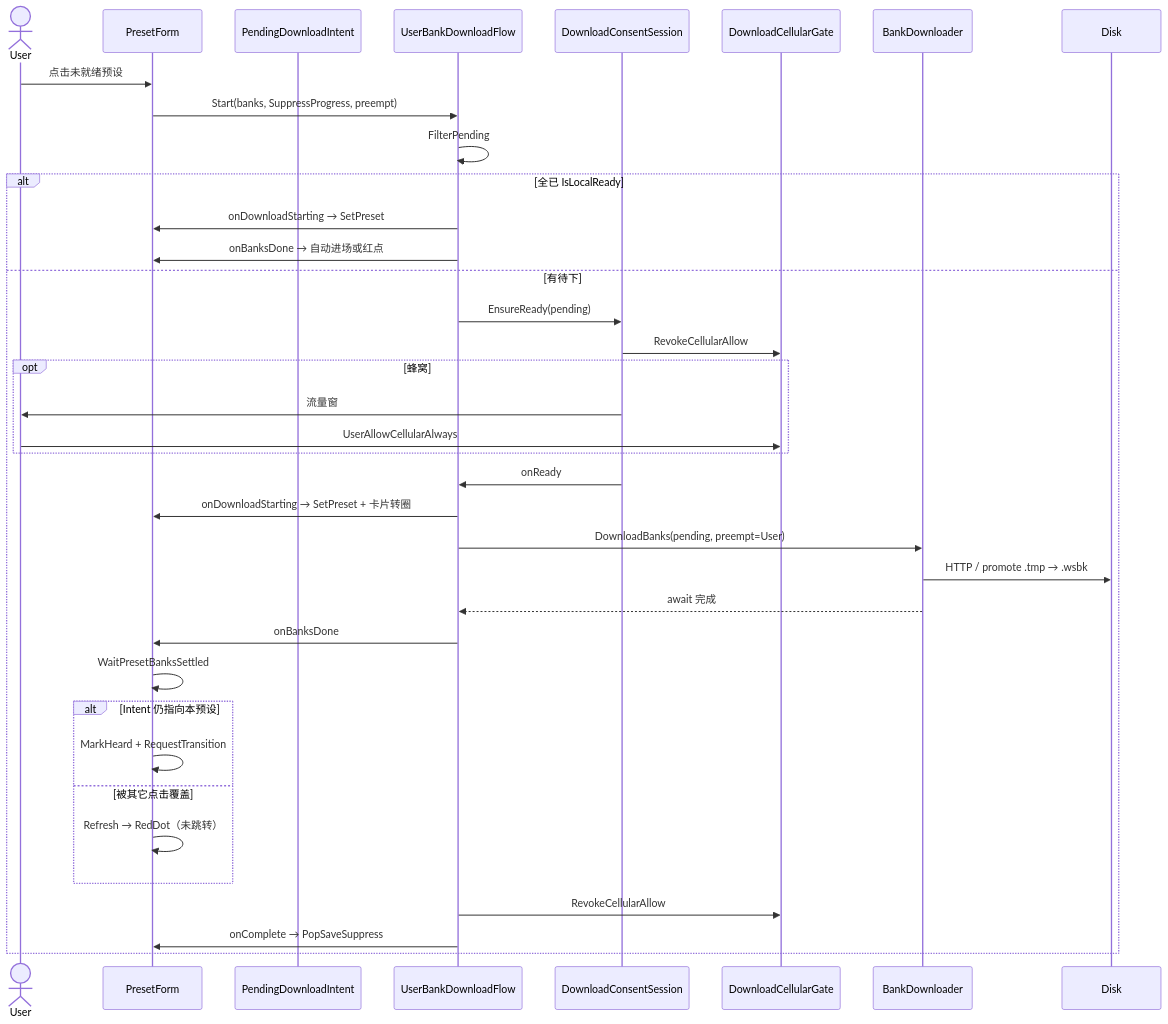
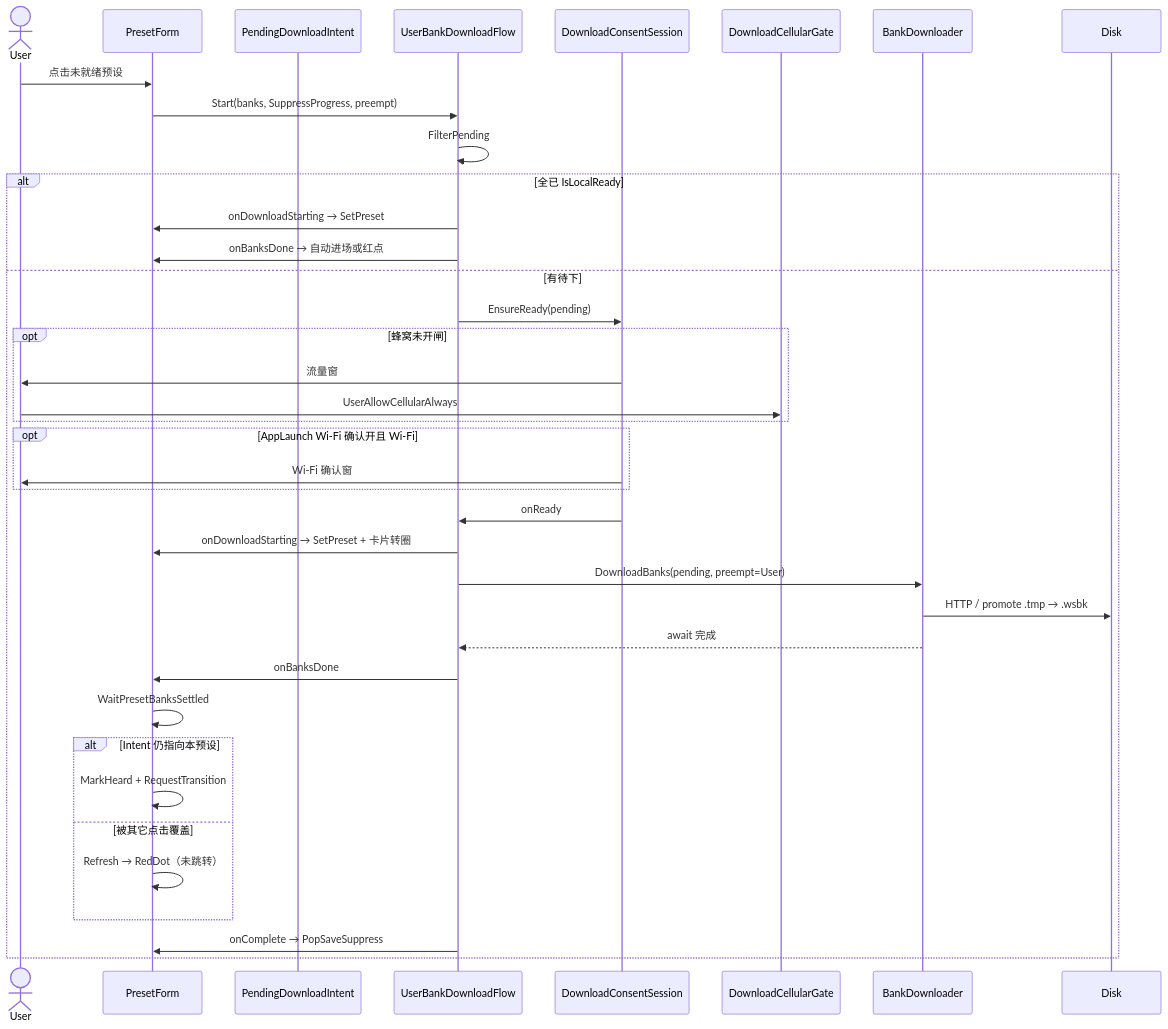
Before and after one commit to sika0819/CustomSRP: the fourth of 11 diagrams in Assets/GameMain/Docs/13-bank-download.md, drawn with Mermaid. The commit also changed other lines of this file and 813 other files, not shown here.

````diff
--- a/Assets/GameMain/Docs/13-bank-download.md
+++ b/Assets/GameMain/Docs/13-bank-download.md
@@ -128,40 +134,41 @@
 ```mermaid
 sequenceDiagram
   actor User
   participant PF as PresetForm
   participant Intent as PendingDownloadIntent
   participant Flow as UserBankDownloadFlow
   participant Consent as DownloadConsentSession
   participant Cell as DownloadCellularGate
   participant DL as BankDownloader
   participant Disk as Disk
 
   User->>PF: 点击未就绪预设
   PF->>Flow: Start(banks, SuppressProgress, preempt)
   Flow->>Flow: FilterPending
   alt 全已 IsLocalReady
     Flow->>PF: onDownloadStarting → SetPreset
     Flow->>PF: onBanksDone → 自动进场或红点
   else 有待下
     Flow->>Consent: EnsureReady(pending)
-    Consent->>Cell: RevokeCellularAllow
-    opt 蜂窝
+    opt 蜂窝未开闸
       Consent->>User: 流量窗
       User->>Cell: UserAllowCellularAlways
+    end
+    opt AppLaunch Wi‑Fi 确认开且 Wi‑Fi
+      Consent->>User: Wi‑Fi 确认窗
     end
     Consent->>Flow: onReady
     Flow->>PF: onDownloadStarting → SetPreset + 卡片转圈
     Flow->>DL: DownloadBanks(pending, preempt=User)
     DL->>Disk: HTTP / promote .tmp → .wsbk
     DL-->>Flow: await 完成
     Flow->>PF: onBanksDone
     PF->>PF: WaitPresetBanksSettled
     alt Intent 仍指向本预设
       PF->>PF: MarkHeard + RequestTransition
     else 被其它点击覆盖
       PF->>PF: Refresh → RedDot（未跳转）
     end
-    Flow->>Cell: RevokeCellularAllow
     Flow->>PF: onComplete → PopSaveSuppress
   end
 ```
````
